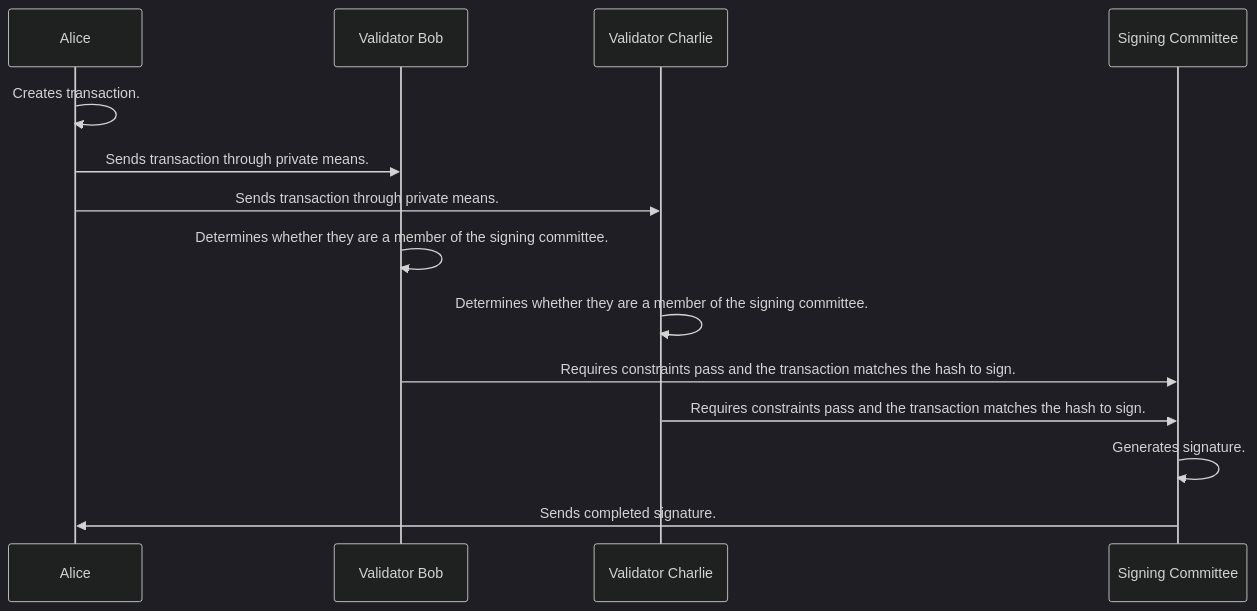
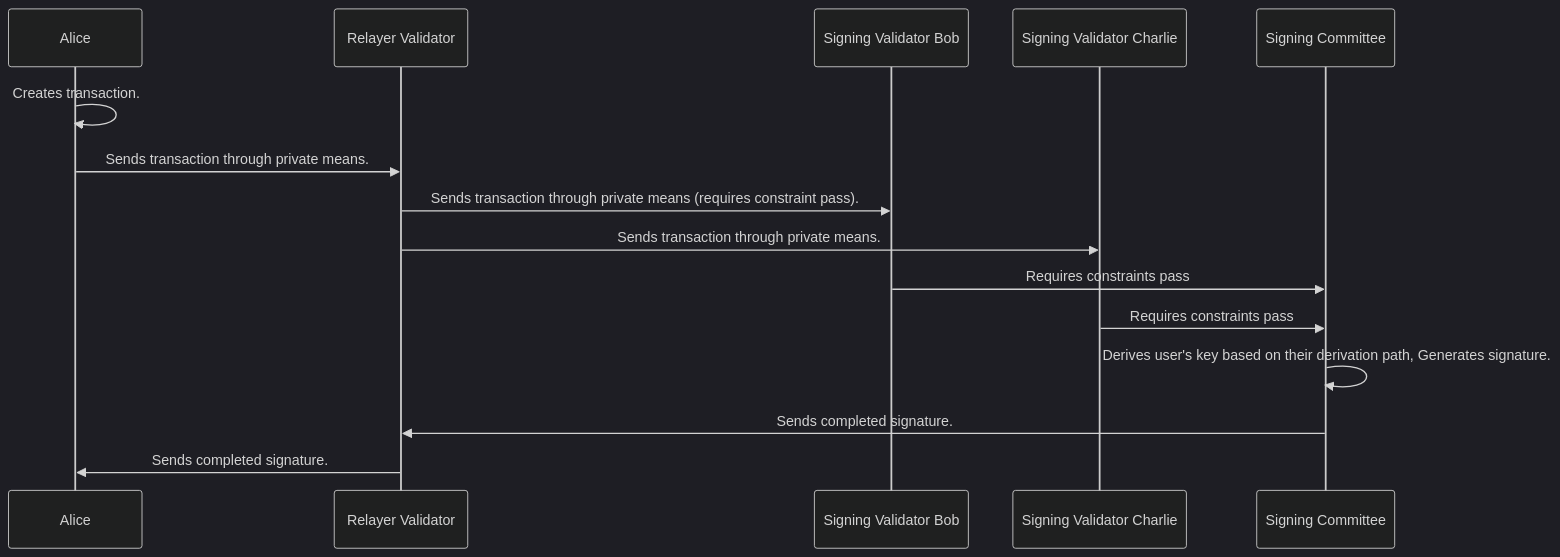
Before and after one commit to entropyxyz/entropy-docs: the diagram in content/concepts/signing.md, drawn with Mermaid (dark theme). The commit also changed other lines of this file and 9 other files, not shown here.

````diff
--- a/content/concepts/signing.md
+++ b/content/concepts/signing.md
@@ -8,12 +8,12 @@
 ```mermaid
 sequenceDiagram
     Alice->>Alice: Creates transaction.
-    Alice->>Validator Bob: Sends transaction through private means. 
-    Alice->>Validator Charlie: Sends transaction through private means.
-    Validator Bob->> Validator Bob: Determines whether they are a member of the signing committee.
-    Validator Charlie->> Validator Charlie: Determines whether they are a member of the signing committee.
-    Validator Bob->> Signing Committee: Requires constraints pass and the transaction matches the hash to sign.
-    Validator Charlie->> Signing Committee: Requires constraints pass and the transaction matches the hash to sign.
-    Signing Committee->> Signing Committee: Generates signature.
-    Signing Committee->> Alice: Sends completed signature.
+    Alice->>Relayer Validator: Sends transaction through private means. 
+    Relayer Validator->>Signing Validator Bob: Sends transaction through private means (requires constraint pass). 
+    Relayer Validator->>Signing Validator Charlie: Sends transaction through private means.
+    Signing Validator Bob->> Signing Committee: Requires constraints pass
+    Signing Validator Charlie->> Signing Committee: Requires constraints pass 
+    Signing Committee->> Signing Committee: Derives user's key based on their derivation path, Generates signature.
+    Signing Committee->> Relayer Validator: Sends completed signature.
+    Relayer Validator->> Alice: Sends completed signature.
 ```
````
